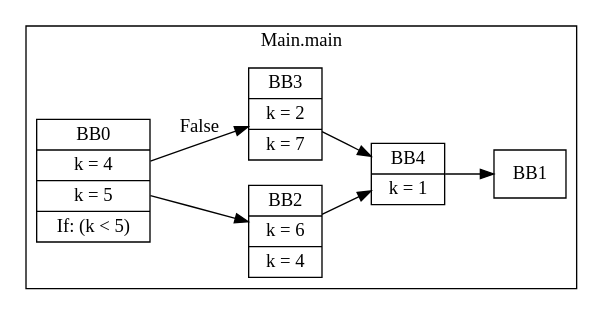
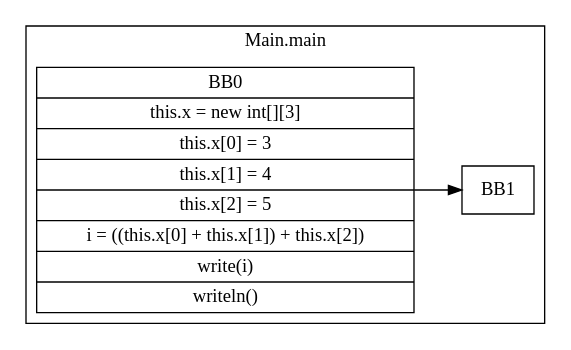
The diagram in HW5/javali_tests/HW5/Test.javali.cfg.dot (panubala/CDPP), drawn with Graphviz before and after one commit. The commit also changed 10 other files, not shown here.

```diff
--- a/HW5/javali_tests/HW5/Test.javali.cfg.dot
+++ b/HW5/javali_tests/HW5/Test.javali.cfg.dot
@@ -1,31 +1,15 @@
 digraph G {
   graph [ rankdir = "LR" ];
   subgraph cluster_0 {
     label = "Main.main"
     M0_BB0 [
       shape="record"
-      label="BB0|k = 4|k = 5|If: (k \< 5)"
+      label="BB0|this.x = new int[][3]|this.x[0] = 3|this.x[1] = 4|this.x[2] = 5|i = ((this.x[0] + this.x[1]) + this.x[2])|write(i)|writeln()"
     ];
-    M0_BB0 -> M0_BB2;
-    M0_BB0 -> M0_BB3 [label="False"];
+    M0_BB0 -> M0_BB1;
     M0_BB1 [
       shape="record"
       label="BB1"
     ];
-    M0_BB2 [
-      shape="record"
-      label="BB2|k = 6|k = 4"
-    ];
-    M0_BB2 -> M0_BB4;
-    M0_BB3 [
-      shape="record"
-      label="BB3|k = 2|k = 7"
-    ];
-    M0_BB3 -> M0_BB4;
-    M0_BB4 [
-      shape="record"
-      label="BB4|k = 1"
-    ];
-    M0_BB4 -> M0_BB1;
   }
 }
```
